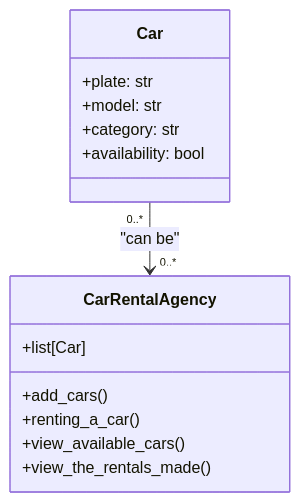
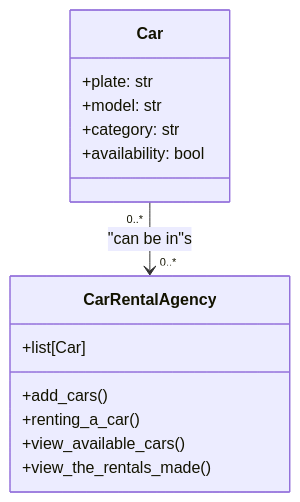
One commit to LucaPontellini/Homepage changed the diagram in Computer_science/New_Python_exercises/Exercises_with_MarmaidJS/Pontellini_022.md. Above: the diagram before and after it, drawn with Mermaid. The commit also changed 6 other files, not shown here.

````diff
--- a/Computer_science/New_Python_exercises/Exercises_with_MarmaidJS/Pontellini_022.md
+++ b/Computer_science/New_Python_exercises/Exercises_with_MarmaidJS/Pontellini_022.md
@@ -16,20 +16,20 @@
 ```mermaid
 
 classDiagram
     class CarRentalAgency {
         +list[Car]
         +add_cars()
         +renting_a_car()
         +view_available_cars()
         +view_the_rentals_made()
     }
 
     class Car {
         +plate: str
         +model: str
         +category: str
         +availability: bool
     }
 
-    Car "0..*" --> "0..*" CarRentalAgency : "can be"
+    Car "0..*" --> "0..*" CarRentalAgency : "can be in"s
 ```
````
